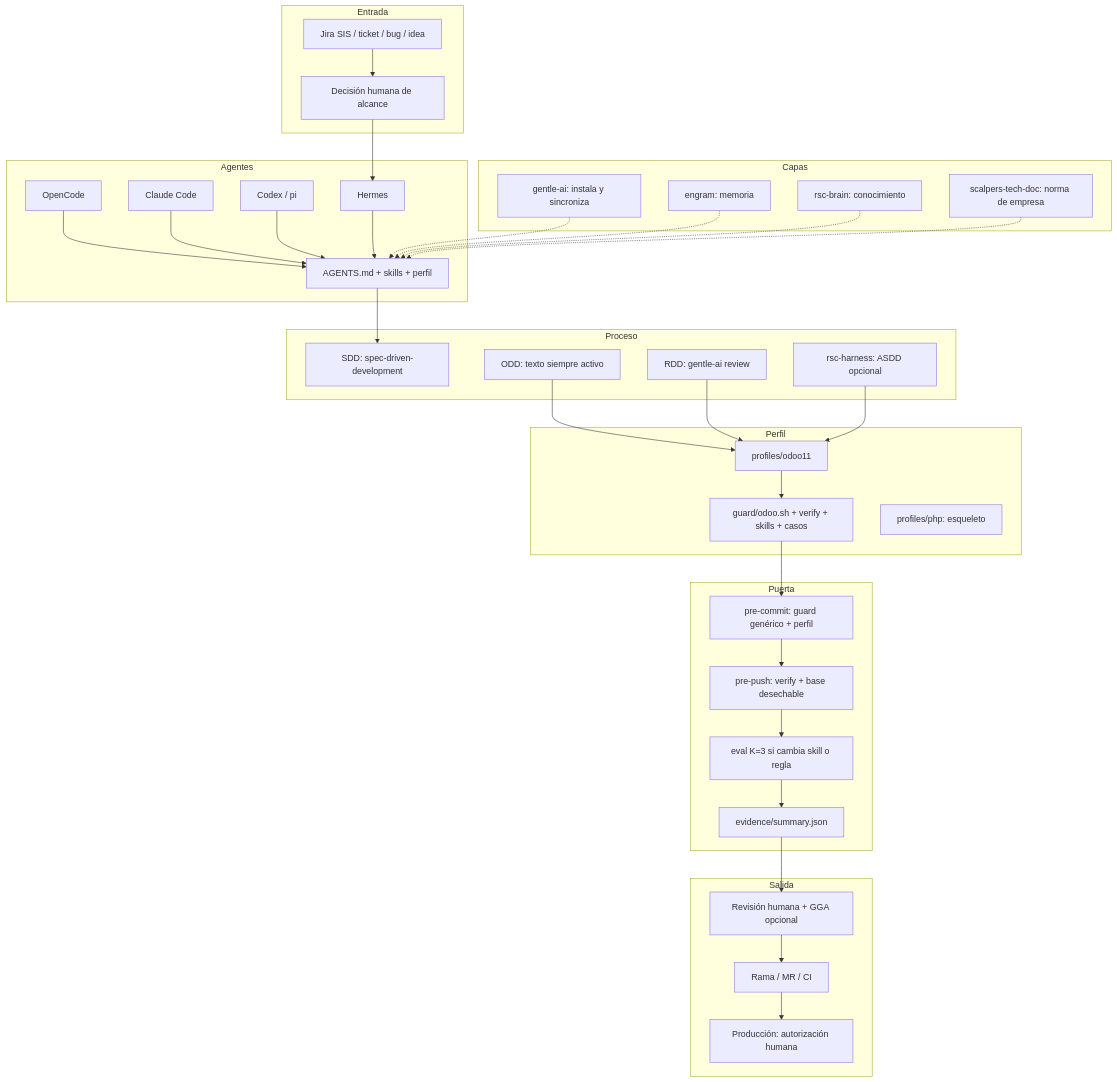
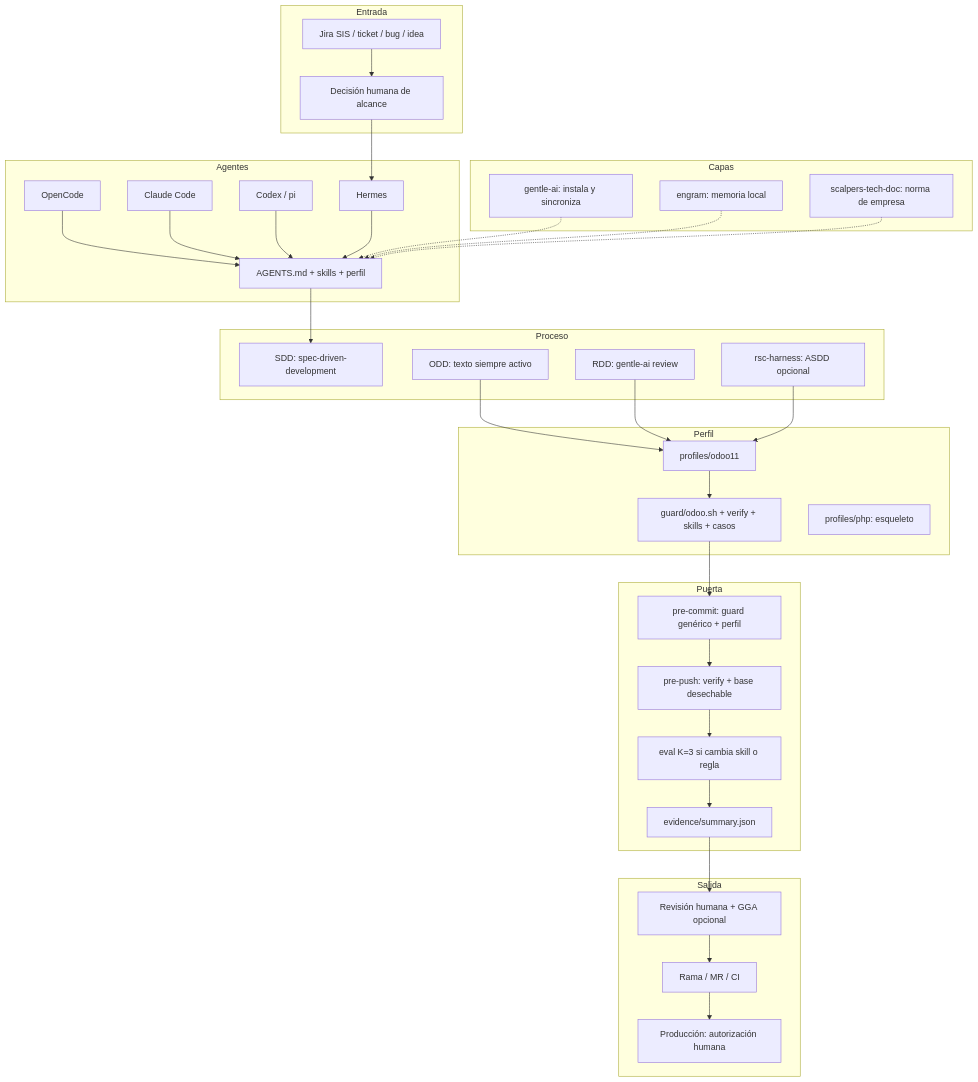
One commit to ScalpersCompany/dev-agent-kit changed the first of 2 diagrams in docs/DIAGRAMA-SISTEMA.md. Above: the diagram before and after it, drawn with Mermaid. The commit also changed other lines of this file and 8 other files, not shown here.

Commit message:
docs: remove rsc-brain and keep engram local

````diff
--- a/docs/DIAGRAMA-SISTEMA.md
+++ b/docs/DIAGRAMA-SISTEMA.md
@@ -8,65 +8,63 @@
 ```mermaid
 flowchart TB
   subgraph Entrada
     A[Jira SIS / ticket / bug / idea]
     A2[Decisión humana de alcance]
   end
 
   subgraph Agentes
     B[Hermes]
     B2[OpenCode]
     B3[Claude Code]
     B4[Codex / pi]
     C[AGENTS.md + skills + perfil]
   end
 
   subgraph Proceso
     D[SDD: spec-driven-development]
     D2[ODD: texto siempre activo]
     D3[RDD: gentle-ai review]
     D4[rsc-harness: ASDD opcional]
   end
 
   subgraph Perfil
     E[profiles/odoo11]
     E2[guard/odoo.sh + verify + skills + casos]
     E3[profiles/php: esqueleto]
   end
 
   subgraph Puerta
     F[pre-commit: guard genérico + perfil]
     G[pre-push: verify + base desechable]
     H[eval K=3 si cambia skill o regla]
     I[evidence/summary.json]
   end
 
   subgraph Salida
     J[Revisión humana + GGA opcional]
     K[Rama / MR / CI]
     L[Producción: autorización humana]
   end
 
   subgraph Capas
     M[gentle-ai: instala y sincroniza]
-    N[engram: memoria]
-    O[rsc-brain: conocimiento]
+    N[engram: memoria local]
     P[scalpers-tech-doc: norma de empresa]
   end
 
   A --> A2 --> B
   B2 --> C
   B3 --> C
   B4 --> C
   B --> C
   C --> D
   D2 --> E
   D3 --> E
   D4 --> E
   E --> E2
   E2 --> F --> G --> H --> I --> J
   J --> K --> L
   M -.-> C
   N -.-> C
-  O -.-> C
   P -.-> C
 ```
````
